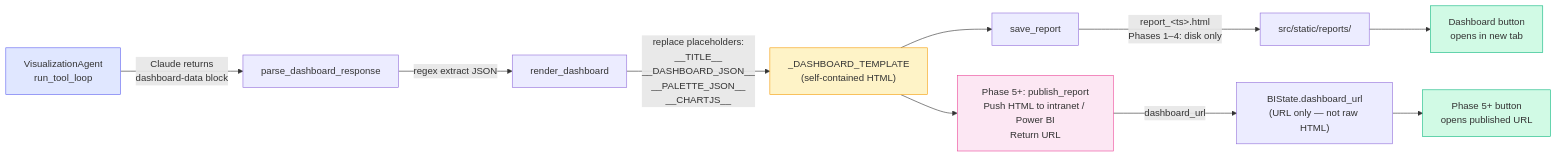
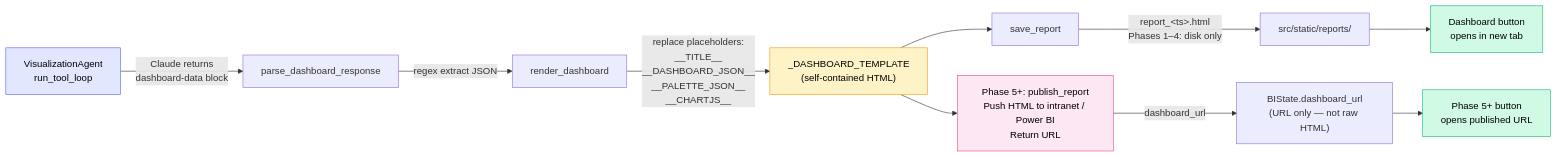
One commit to suryapatnaik1/llm-bi-chat-langgraph changed the eighth of 15 diagrams in docs/diagrams/diagrams.md. Above: the diagram before and after it, drawn with Mermaid. The commit also changed other lines of this file, not shown here.

Commit message:
color changed for diagrams

````diff
--- a/docs/diagrams/diagrams.md
+++ b/docs/diagrams/diagrams.md
@@ -356,19 +359,19 @@
 ```mermaid
 flowchart LR
     A["VisualizationAgent<br/>run_tool_loop"] -->|"Claude returns<br/>dashboard-data block"| B[parse_dashboard_response]
     B -->|regex extract JSON| C[render_dashboard]
     C -->|"replace placeholders:<br/>__TITLE__<br/>__DASHBOARD_JSON__<br/>__PALETTE_JSON__<br/>__CHARTJS__"| D["_DASHBOARD_TEMPLATE<br/>(self-contained HTML)"]
     D --> E[save_report]
     E -->|"report_&lt;ts&gt;.html<br/>Phases 1–4: disk only"| F["src/static/reports/"]
     F --> G["Dashboard button<br/>opens in new tab"]
 
     D --> EP["Phase 5+: publish_report<br/>Push HTML to intranet / Power BI<br/>Return URL"]
     EP -->|"dashboard_url"| BIS["BIState.dashboard_url<br/>(URL only — not raw HTML)"]
     BIS --> G5["Phase 5+ button<br/>opens published URL"]
 
-    style A fill:#e0e7ff,stroke:#6366f1
-    style D fill:#fef3c7,stroke:#f59e0b
-    style G fill:#d1fae5,stroke:#10b981
-    style EP fill:#fce7f3,stroke:#ec4899
-    style G5 fill:#d1fae5,stroke:#10b981
+    style A fill:#e0e7ff,stroke:#6366f1,color:#000000
+    style D fill:#fef3c7,stroke:#f59e0b,color:#000000
+    style G fill:#d1fae5,stroke:#10b981,color:#000000
+    style EP fill:#fce7f3,stroke:#ec4899,color:#000000
+    style G5 fill:#d1fae5,stroke:#10b981,color:#000000
 ```
````
